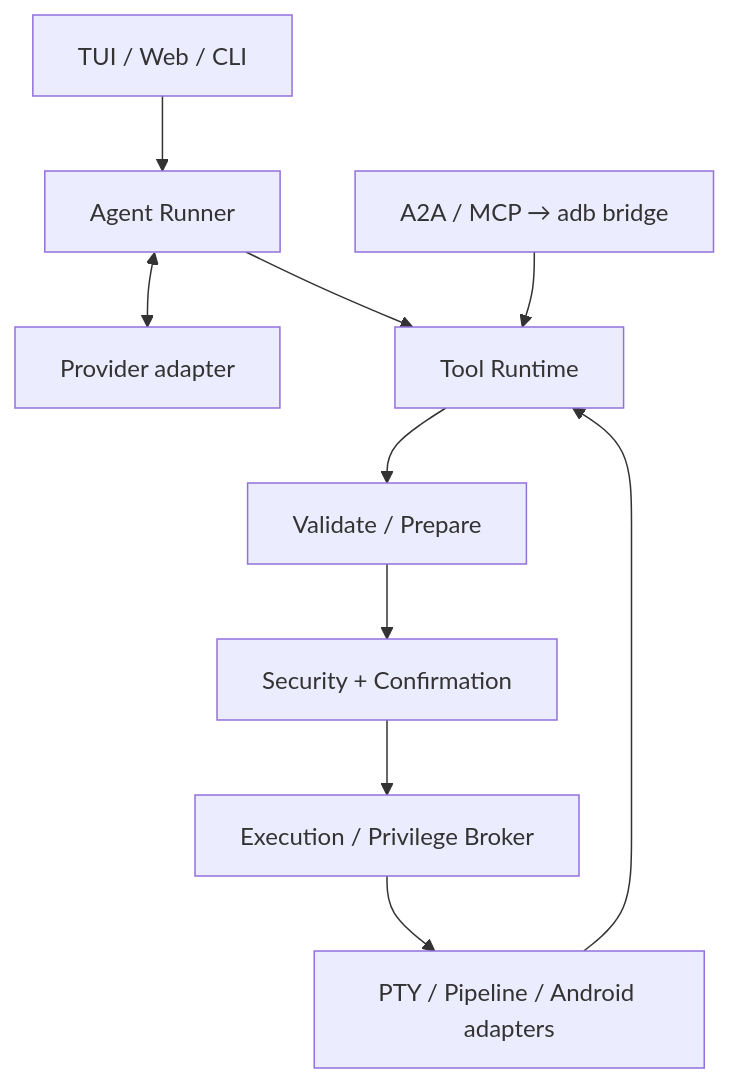
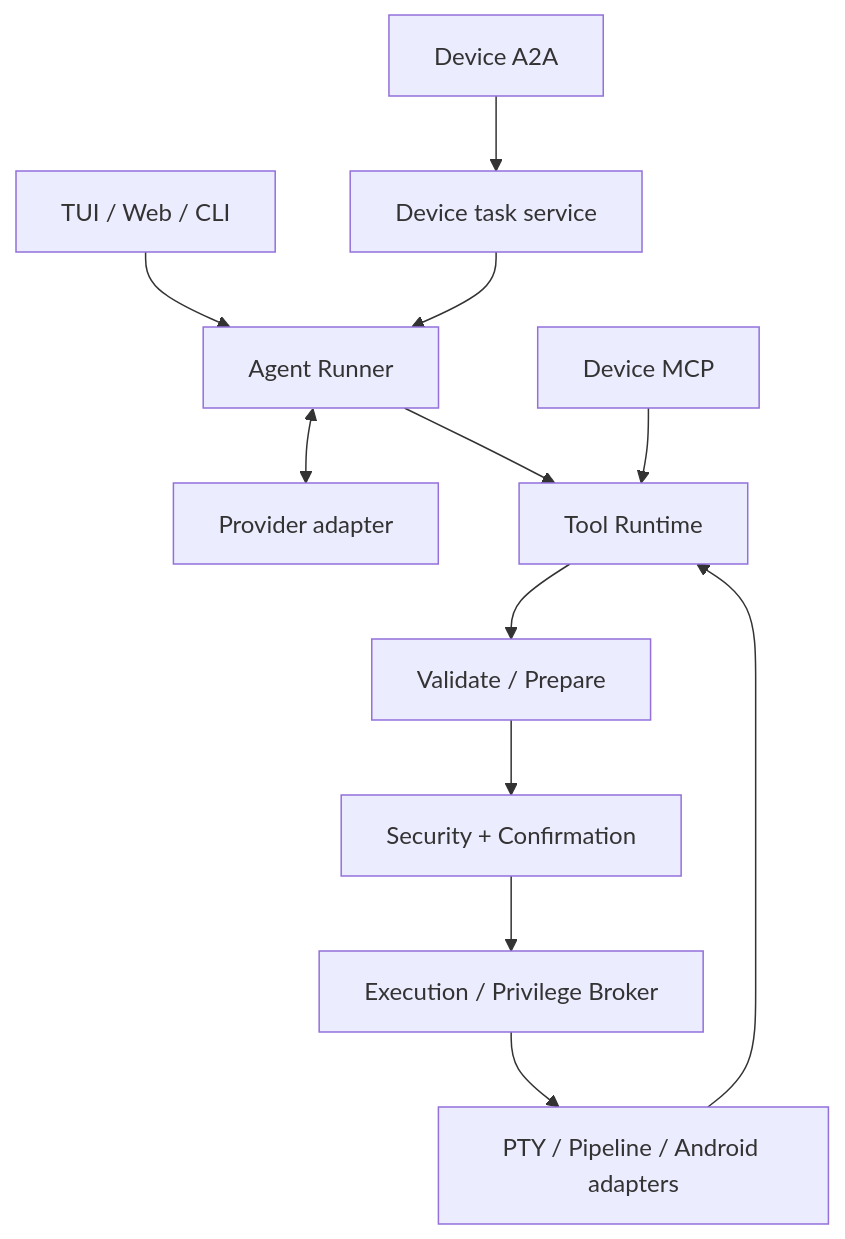
Before and after one commit to nl2sh/nl2sh: the diagram in docs/en/development/architecture.md, drawn with Mermaid. The commit also changed other lines of this file and 106 other files, not shown here.

First line of the commit message:
feat: embed device MCP and A2A services

````diff
--- a/docs/en/development/architecture.md
+++ b/docs/en/development/architecture.md
@@ -5,12 +5,14 @@
 ```mermaid
 flowchart TB
     UI[TUI / Web / CLI] --> Agent[Agent Runner]
     Agent <--> Provider[Provider adapter]
     Agent --> Tool[Tool Runtime]
-    Bridge[A2A / MCP → adb bridge] --> Tool
+    MCP[Device MCP] --> Tool
+    A2A[Device A2A] --> Tasks[Device task service]
+    Tasks --> Agent
     Tool --> Prep[Validate / Prepare]
     Prep --> Security[Security + Confirmation]
     Security --> Broker[Execution / Privilege Broker]
     Broker --> Exec[PTY / Pipeline / Android adapters]
     Exec --> Tool
 ```
````
